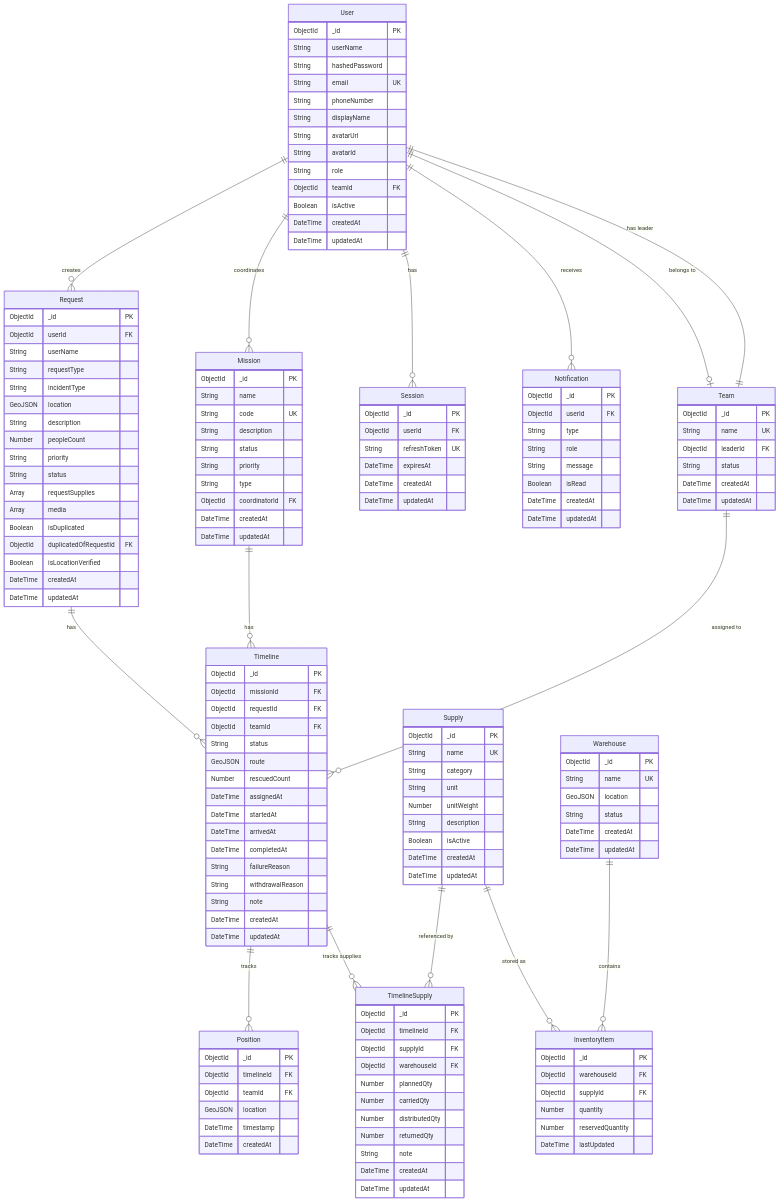
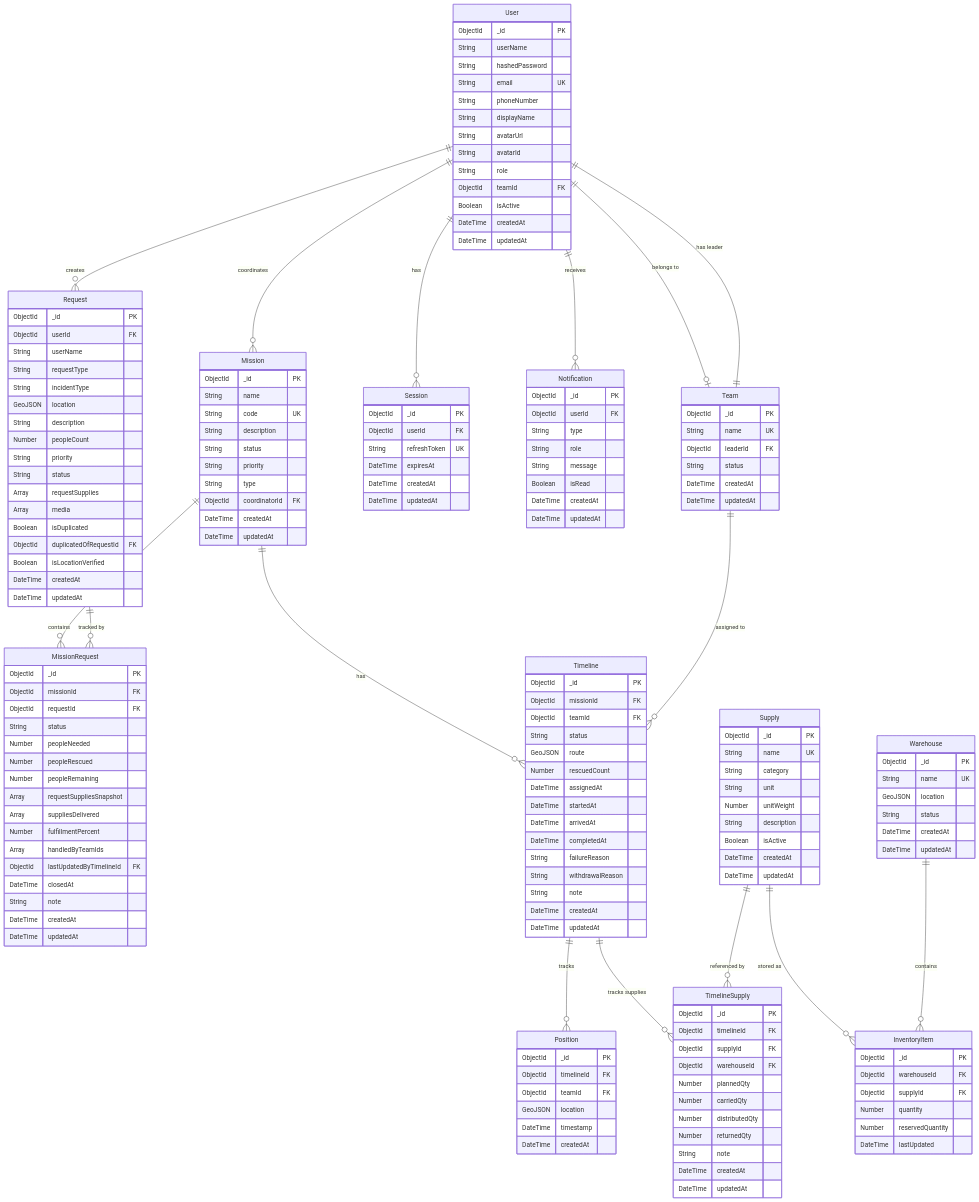
Before and after one commit to phuonganh1609/flood_rescue: the diagram in docs/ERD.md, drawn with Mermaid. The commit also changed other lines of this file and 18 other files, not shown here.

Commit message:
docs: sửa lại docs để làm lại luồng cho mission: ERD, flows, API,...

```diff
--- a/docs/ERD.md
+++ b/docs/ERD.md
@@ -15,7 +15,8 @@
     User ||--o{ Notification : "receives"
     User ||--o{ Mission : "coordinates"
 
-    Request ||--o{ Timeline : "has"
+    Mission ||--o{ MissionRequest : "contains"
+    Request ||--o{ MissionRequest : "tracked by"
     Mission ||--o{ Timeline : "has"
     Team ||--o{ Timeline : "assigned to"
     Timeline ||--o{ Position : "tracks"
@@ -83,10 +84,28 @@
         DateTime updatedAt
     }
 
+    MissionRequest {
+        ObjectId _id PK
+        ObjectId missionId FK
+        ObjectId requestId FK
+        String status
+        Number peopleNeeded
+        Number peopleRescued
+        Number peopleRemaining
+        Array requestSuppliesSnapshot
+        Array suppliesDelivered
+        Number fulfillmentPercent
+        Array handledByTeamIds
+        ObjectId lastUpdatedByTimelineId FK
+        DateTime closedAt
+        String note
+        DateTime createdAt
+        DateTime updatedAt
+    }
+
     Timeline {
         ObjectId _id PK
         ObjectId missionId FK
-        ObjectId requestId FK
         ObjectId teamId FK
         String status
         GeoJSON route
```
